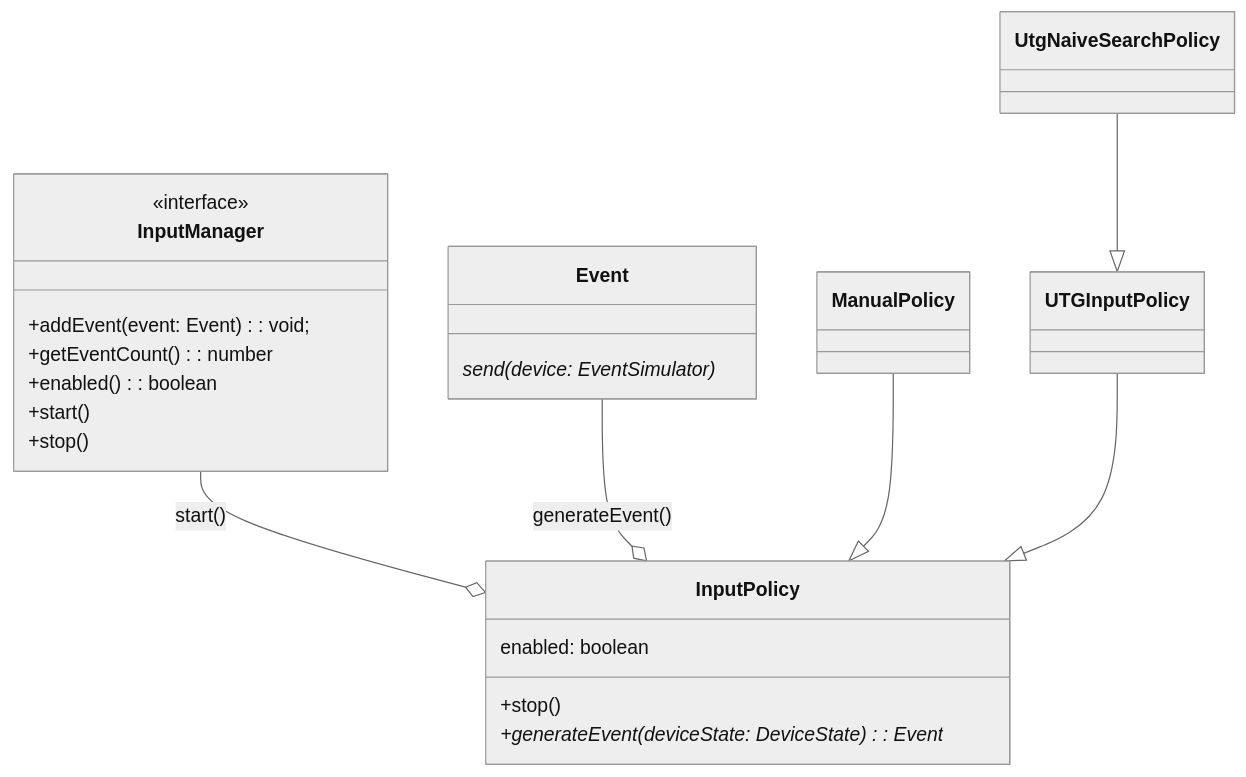
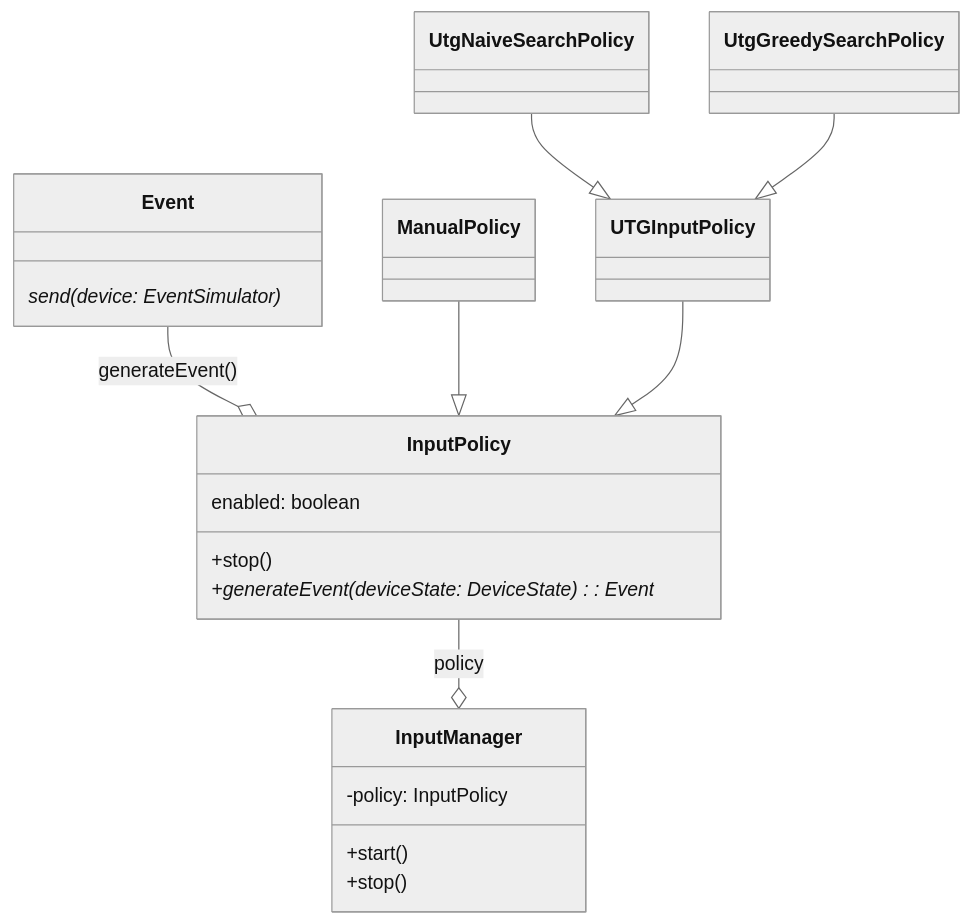
One commit to SMAT-Lab/HapTest changed the diagram in doc/policy_classes.md. Above: the diagram before and after it, drawn with Mermaid (neutral theme). The commit also changed 1 other file, not shown here.

````diff
--- a/doc/policy_classes.md
+++ b/doc/policy_classes.md
@@ -1,33 +1,31 @@
 ```Mermaid
 classDiagram
     class Event {
         send(device: EventSimulator)*
     }
 
     class InputPolicy {
         enabled: boolean
         +stop()
         +generateEvent(deviceState: DeviceState): Event*
     }
 
     class InputManager {
-        +addEvent(event: Event): void;
-        +getEventCount(): number
-        +enabled(): boolean
+        -policy: InputPolicy
         +start()
         +stop()
     }
-    <<interface>> InputManager
 
     class ManualPolicy {
 
     }
 
-    InputManager --o InputPolicy: start()
+    InputPolicy --o InputManager: policy
     Event --o InputPolicy: generateEvent()
 
     ManualPolicy --|> InputPolicy
     UTGInputPolicy --|> InputPolicy
     UtgNaiveSearchPolicy --|> UTGInputPolicy
+    UtgGreedySearchPolicy --|> UTGInputPolicy
 
 ```
````
